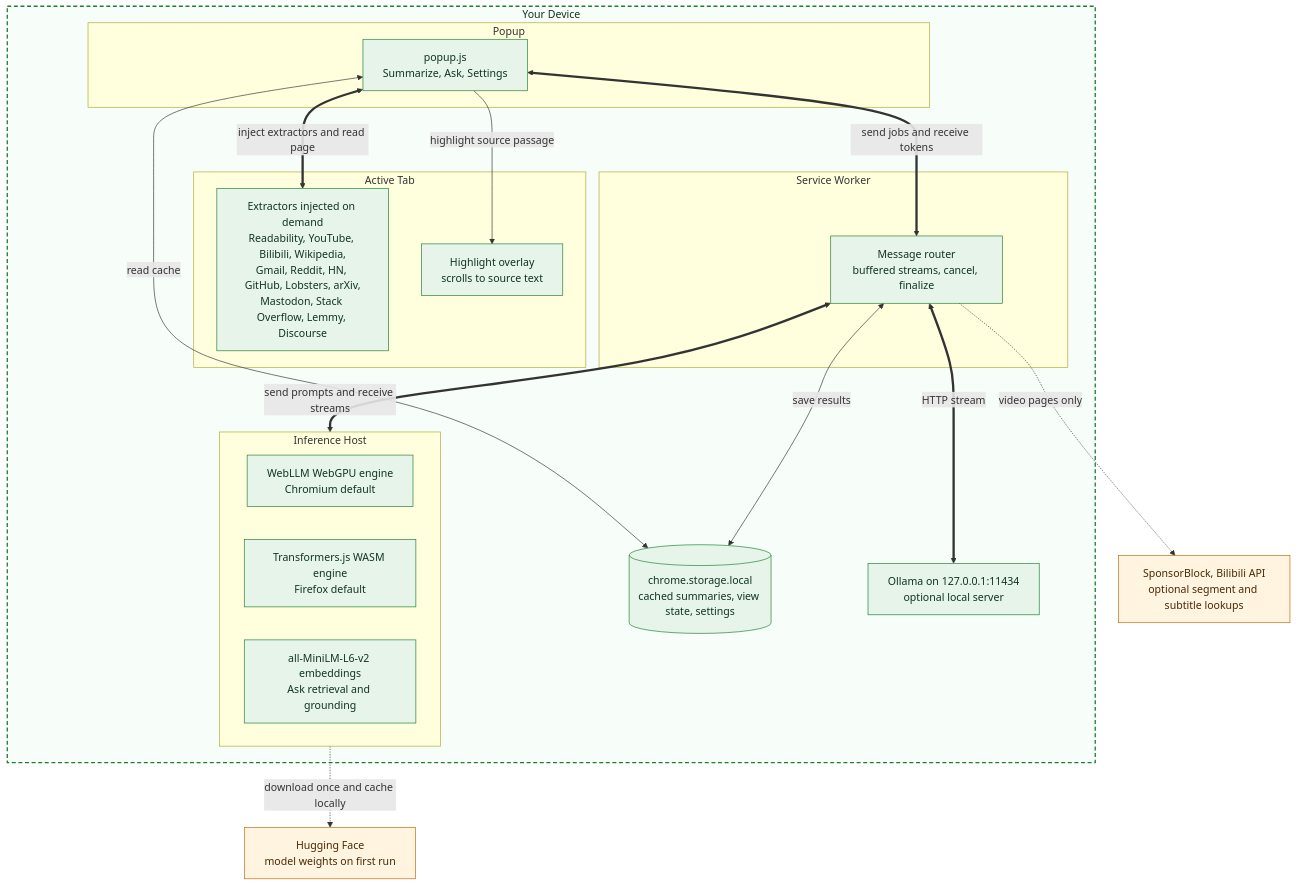
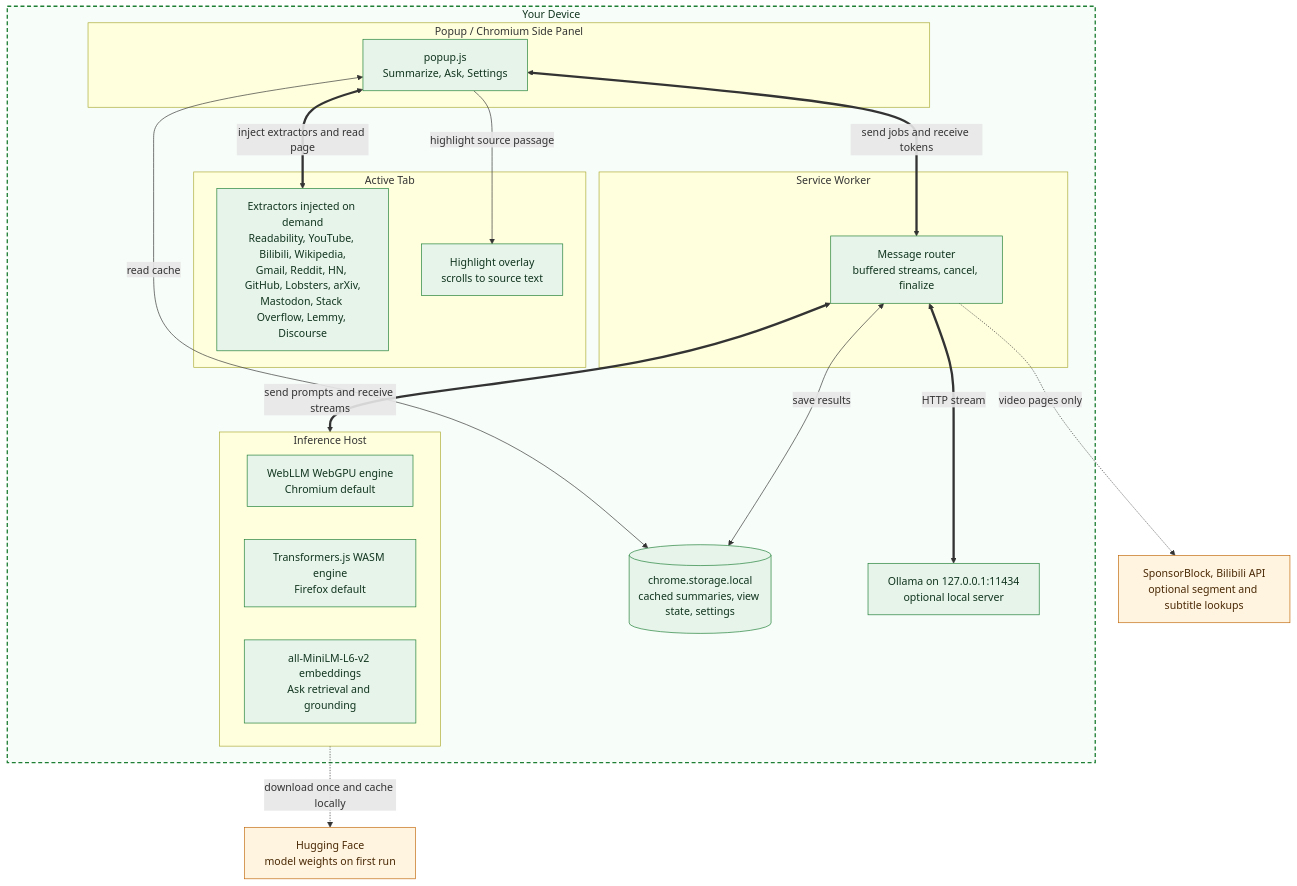
The first of 2 diagrams in ARCHITECTURE.md (MayurK-cmd/apogee), drawn with Mermaid before and after one commit. The commit also changed other lines of this file and 12 other files, not shown here.

Commit message:
feat: add optional Chrome side panel

````diff
--- a/ARCHITECTURE.md
+++ b/ARCHITECTURE.md
@@ -34,46 +34,46 @@
 ```mermaid
 flowchart TD
     subgraph device["Your Device"]
         subgraph page["Active Tab"]
             EX["Extractors injected on demand<br/>Readability, YouTube, Bilibili, Wikipedia,<br/>Gmail, Reddit, HN, GitHub, Lobsters, arXiv,<br/>Mastodon, Stack Overflow, Lemmy, Discourse"]
             HL["Highlight overlay<br/>scrolls to source text"]
         end
 
-        subgraph ui["Popup"]
+        subgraph ui["Popup / Chromium Side Panel"]
             POPUP["popup.js<br/>Summarize, Ask, Settings"]
         end
 
         subgraph bg["Service Worker"]
             ROUTER["Message router<br/>buffered streams, cancel, finalize"]
         end
 
         subgraph host["Inference Host"]
             WEBLLM["WebLLM WebGPU engine<br/>Chromium default"]
             TJS["Transformers.js WASM engine<br/>Firefox default"]
             EMB["all-MiniLM-L6-v2 embeddings<br/>Ask retrieval and grounding"]
         end
 
         STORE[("chrome.storage.local<br/>cached summaries, view state, settings")]
         OLLAMA["Ollama on 127.0.0.1:11434<br/>optional local server"]
     end
 
     HF["Hugging Face<br/>model weights on first run"]
     APIS["SponsorBlock, Bilibili API<br/>optional segment and subtitle lookups"]
 
     POPUP <==>|"inject extractors and read page"| EX
     POPUP -->|"highlight source passage"| HL
     POPUP <==>|"send jobs and receive tokens"| ROUTER
     ROUTER <==>|"send prompts and receive streams"| host
     ROUTER <==>|"HTTP stream"| OLLAMA
     POPUP <-->|"read cache"| STORE
     ROUTER <-->|"save results"| STORE
 
     host -.->|"download once and cache locally"| HF
     ROUTER -.->|"video pages only"| APIS
 
     classDef local fill:#e6f4ea,stroke:#1e7e34,color:#12351f
     classDef remote fill:#fff4e0,stroke:#c2680a,color:#4a2905
     class EX,HL,POPUP,ROUTER,STORE,WEBLLM,TJS,EMB,OLLAMA local
     class HF,APIS remote
     style device fill:#f7fdf9,stroke:#1e7e34,stroke-width:2px,stroke-dasharray:6 4,color:#12351f
 ```
````
